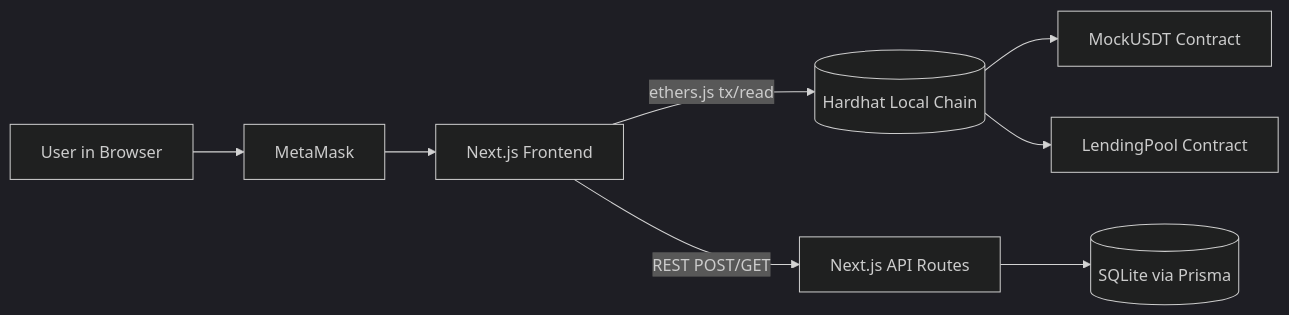
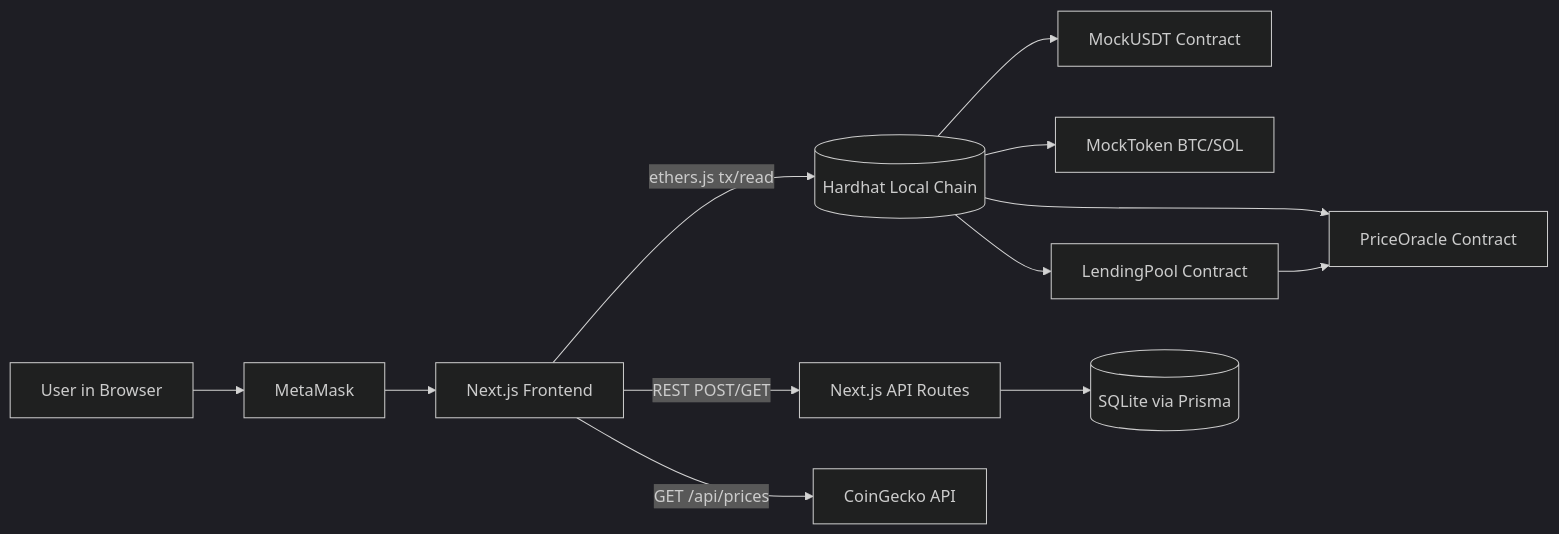
Before and after one commit to monalisa0224/CryptoLend: the diagram in docs/01-overview/architecture.md, drawn with Mermaid (dark theme). The commit also changed other lines of this file and 20 other files, not shown here.

````diff
--- a/docs/01-overview/architecture.md
+++ b/docs/01-overview/architecture.md
@@ -19,11 +22,15 @@
 ```mermaid
 flowchart LR
   U[User in Browser] --> MM[MetaMask]
   MM --> FE[Next.js Frontend]
   FE -->|ethers.js tx/read| BC[(Hardhat Local Chain)]
   BC --> MU[MockUSDT Contract]
+  BC --> MT[MockToken BTC/SOL]
+  BC --> PO[PriceOracle Contract]
   BC --> LP[LendingPool Contract]
+  LP --> PO
 
   FE -->|REST POST/GET| API[Next.js API Routes]
   API --> DB[(SQLite via Prisma)]
+  FE -->|GET /api/prices| CG[CoinGecko API]
 ```
````
